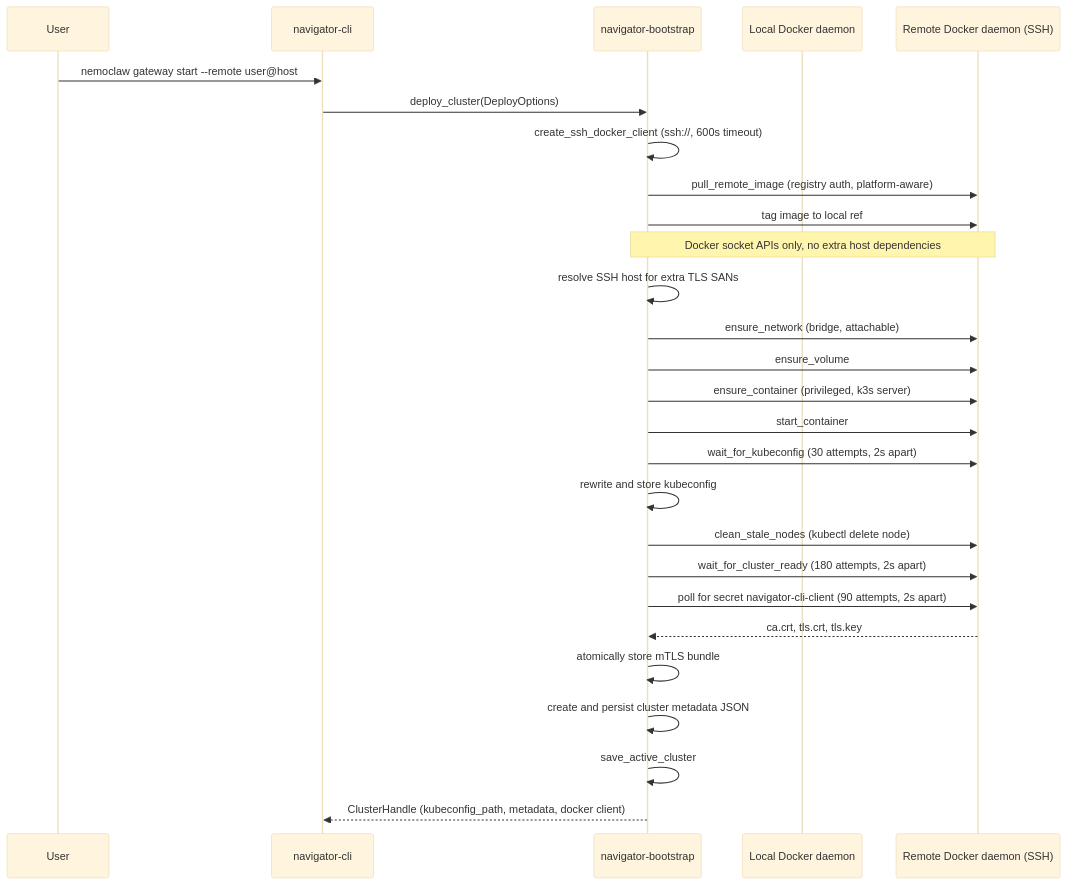
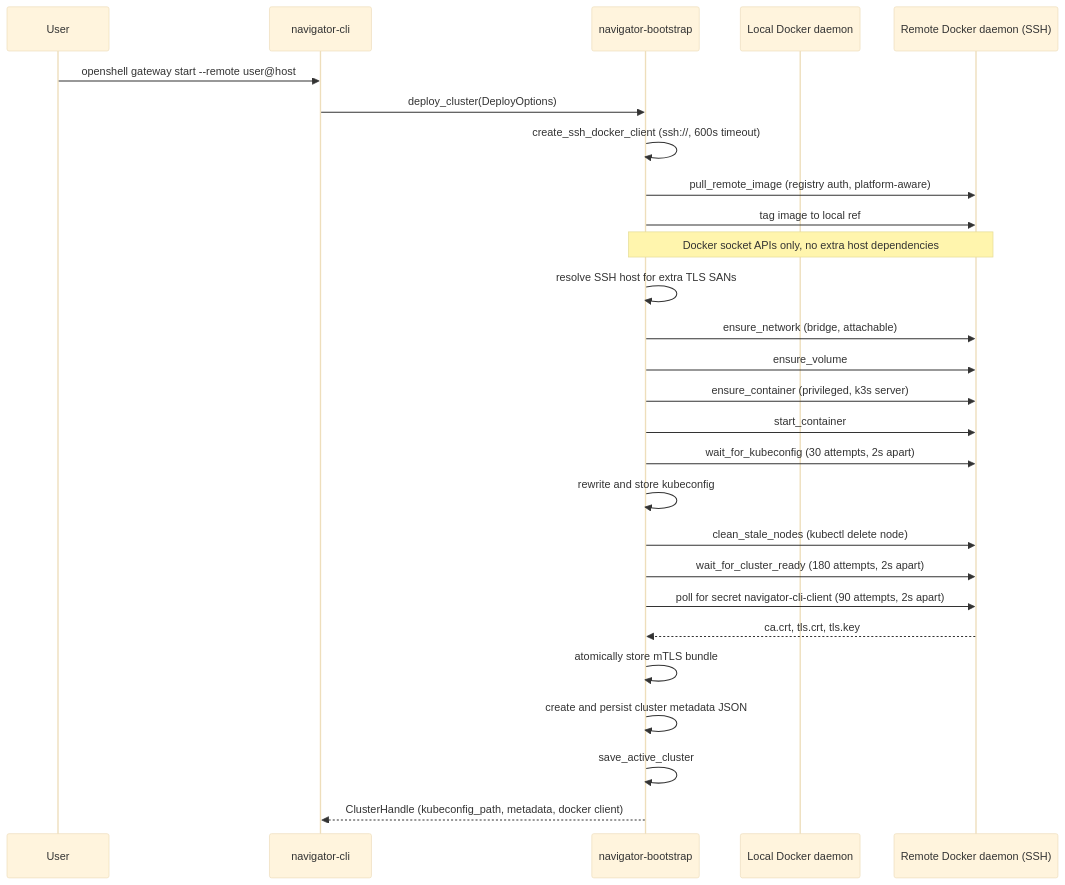
The first of 3 diagrams in architecture/cluster-single-node.md (NVIDIA/OpenShell), drawn with Mermaid (base theme) before and after one commit. The commit also changed other lines of this file and 162 other files, not shown here.

````diff
--- a/architecture/cluster-single-node.md
+++ b/architecture/cluster-single-node.md
@@ -77,33 +77,33 @@
 ```mermaid
 sequenceDiagram
   participant U as User
   participant C as navigator-cli
   participant B as navigator-bootstrap
   participant L as Local Docker daemon
   participant R as Remote Docker daemon (SSH)
 
-  U->>C: nemoclaw gateway start --remote user@host
+  U->>C: openshell gateway start --remote user@host
   C->>B: deploy_cluster(DeployOptions)
 
   B->>B: create_ssh_docker_client (ssh://, 600s timeout)
   B->>R: pull_remote_image (registry auth, platform-aware)
   B->>R: tag image to local ref
 
   Note over B,R: Docker socket APIs only, no extra host dependencies
 
   B->>B: resolve SSH host for extra TLS SANs
   B->>R: ensure_network (bridge, attachable)
   B->>R: ensure_volume
   B->>R: ensure_container (privileged, k3s server)
   B->>R: start_container
   B->>R: wait_for_kubeconfig (30 attempts, 2s apart)
   B->>B: rewrite and store kubeconfig
   B->>R: clean_stale_nodes (kubectl delete node)
   B->>R: wait_for_cluster_ready (180 attempts, 2s apart)
   B->>R: poll for secret navigator-cli-client (90 attempts, 2s apart)
   R-->>B: ca.crt, tls.crt, tls.key
   B->>B: atomically store mTLS bundle
   B->>B: create and persist cluster metadata JSON
   B->>B: save_active_cluster
   B-->>C: ClusterHandle (kubeconfig_path, metadata, docker client)
 ```
````
